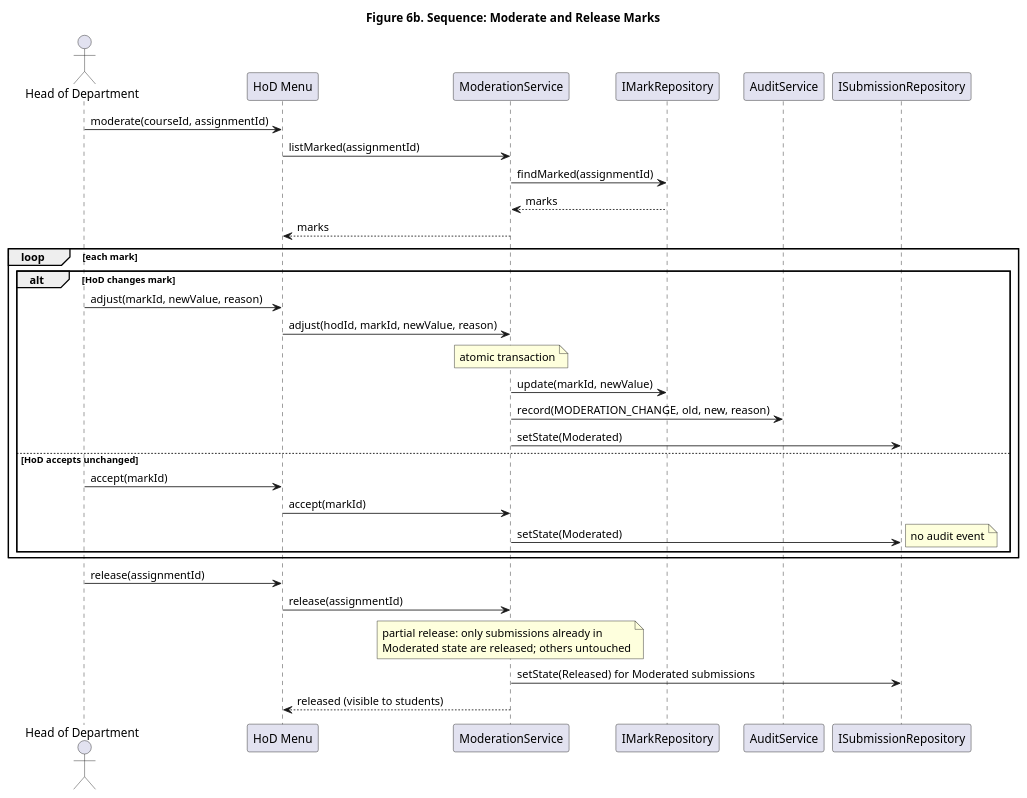
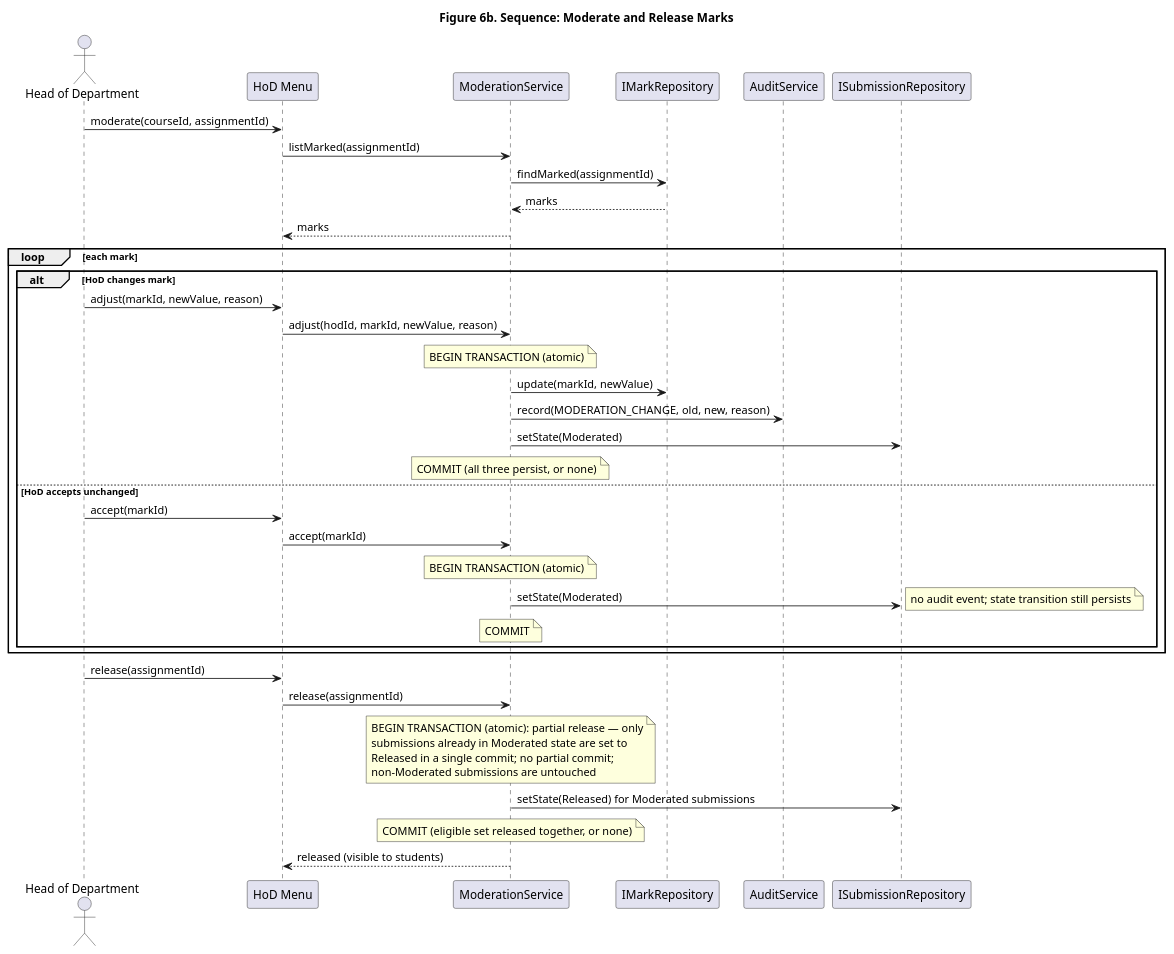
One commit to mwelipama/cs4433-moderated-lms changed the diagram in assets/diagrams/sequence_moderate_release.puml. Above: the diagram before and after it, drawn with PlantUML. The commit also changed 8 other files, not shown here.

Commit message:
Gate 2 corrections (round 2): strengthen audit-reason whitespace check and validator constraint assertions; specify atomic transactions for marking, moderation and release; clarify first-late-only rule across UC-10, SRS and stakeholder conflicts

```diff
--- a/assets/diagrams/sequence_moderate_release.puml
+++ b/assets/diagrams/sequence_moderate_release.puml
@@ -1,37 +1,43 @@
 @startuml
 title Figure 6b. Sequence: Moderate and Release Marks
 actor "Head of Department" as HoD
 participant "HoD Menu" as UI
 participant ModerationService as MOD
 participant IMarkRepository as MRepo
 participant AuditService as AUD
 participant ISubmissionRepository as SRepo
 HoD -> UI : moderate(courseId, assignmentId)
 UI -> MOD : listMarked(assignmentId)
 MOD -> MRepo : findMarked(assignmentId)
 MRepo --> MOD : marks
 MOD --> UI : marks
 loop each mark
   alt HoD changes mark
     HoD -> UI : adjust(markId, newValue, reason)
     UI -> MOD : adjust(hodId, markId, newValue, reason)
-    note over MOD : atomic transaction
+    note over MOD : BEGIN TRANSACTION (atomic)
     MOD -> MRepo : update(markId, newValue)
     MOD -> AUD : record(MODERATION_CHANGE, old, new, reason)
     MOD -> SRepo : setState(Moderated)
+    note over MOD : COMMIT (all three persist, or none)
   else HoD accepts unchanged
     HoD -> UI : accept(markId)
     UI -> MOD : accept(markId)
+    note over MOD : BEGIN TRANSACTION (atomic)
     MOD -> SRepo : setState(Moderated)
-    note right : no audit event
+    note right : no audit event; state transition still persists
+    note over MOD : COMMIT
   end
 end
 HoD -> UI : release(assignmentId)
 UI -> MOD : release(assignmentId)
 note over MOD
-  partial release: only submissions already in
-  Moderated state are released; others untouched
+  BEGIN TRANSACTION (atomic): partial release — only
+  submissions already in Moderated state are set to
+  Released in a single commit; no partial commit;
+  non-Moderated submissions are untouched
 end note
 MOD -> SRepo : setState(Released) for Moderated submissions
+note over MOD : COMMIT (eligible set released together, or none)
 MOD --> UI : released (visible to students)
 @enduml
```
